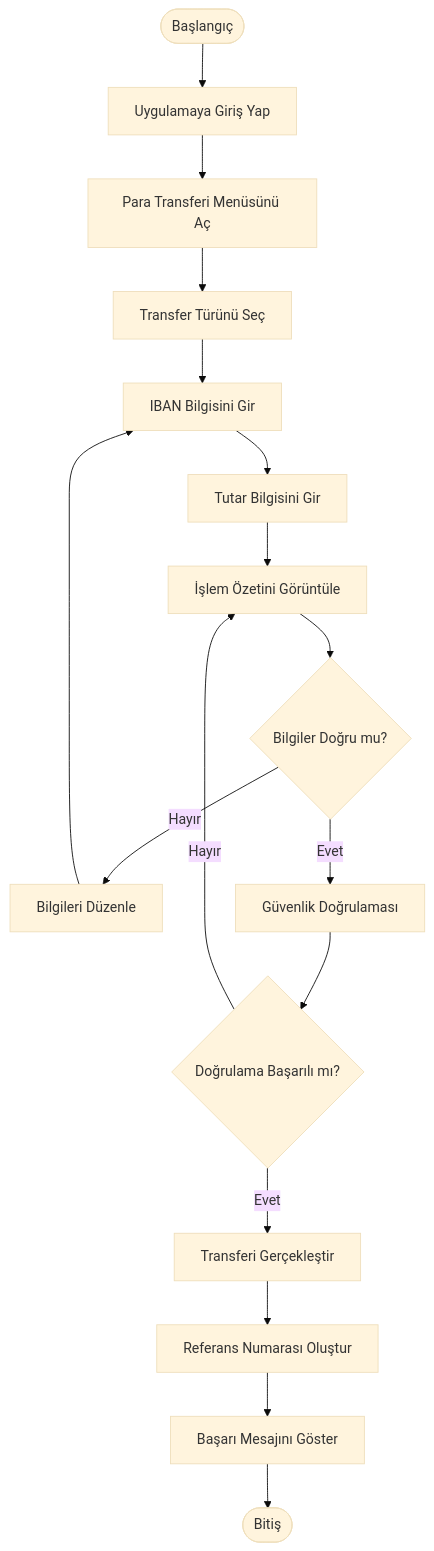
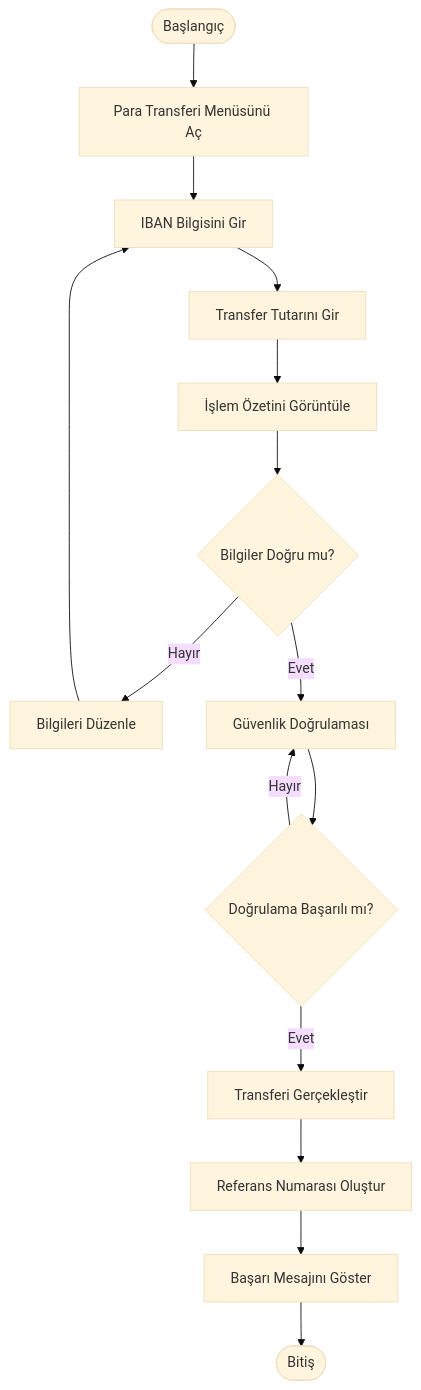
The diagram in diagrams/activity-diagram-iban-transferi.md (sudenurbakir/Digital-Banking-Business-Analysis-Portfolio), drawn with Mermaid (base theme) before and after one commit. The commit also changed other lines of this file, not shown here.

Commit message:
activity diagram iban

````diff
--- a/diagrams/activity-diagram-iban-transferi.md
+++ b/diagrams/activity-diagram-iban-transferi.md
@@ -9,56 +29,49 @@
 ```mermaid
 flowchart TD
 
 A([Başlangıç])
 
-B[Uygulamaya Giriş Yap]
+B[Para Transferi Menüsünü Aç]
 
-C[Para Transferi Menüsünü Aç]
+C[IBAN Bilgisini Gir]
 
-D[Transfer Türünü Seç]
+D[Transfer Tutarını Gir]
 
-E[IBAN Bilgisini Gir]
+E[İşlem Özetini Görüntüle]
 
-F[Tutar Bilgisini Gir]
+F{Bilgiler Doğru mu?}
 
-G[İşlem Özetini Görüntüle]
+G[Bilgileri Düzenle]
 
-H{Bilgiler Doğru mu?}
+H[Güvenlik Doğrulaması]
 
-I[Bilgileri Düzenle]
+I{Doğrulama Başarılı mı?}
 
-J[Güvenlik Doğrulaması]
+J[Transferi Gerçekleştir]
 
-K{Doğrulama Başarılı mı?}
+K[Referans Numarası Oluştur]
 
-L[Transferi Gerçekleştir]
+L[Başarı Mesajını Göster]
 
-M[Referans Numarası Oluştur]
-
-N[Başarı Mesajını Göster]
-
-O([Bitiş])
+M([Bitiş])
 
 A --> B
 B --> C
 C --> D
 D --> E
 E --> F
-F --> G
 
-G --> H
+F -- Hayır --> G
+G --> C
 
-H -- Hayır --> I
-I --> E
+F -- Evet --> H
 
-H -- Evet --> J
+H --> I
+
+I -- Hayır --> H
+I -- Evet --> J
 
 J --> K
-
-K -- Hayır --> G
-K -- Evet --> L
-
+K --> L
 L --> M
-M --> N
-N --> O
 ```
````
